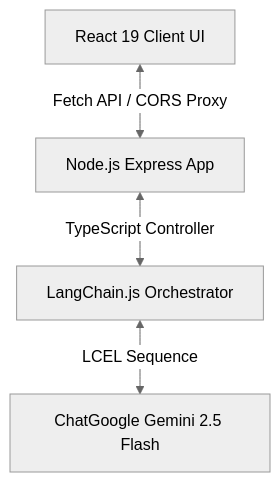
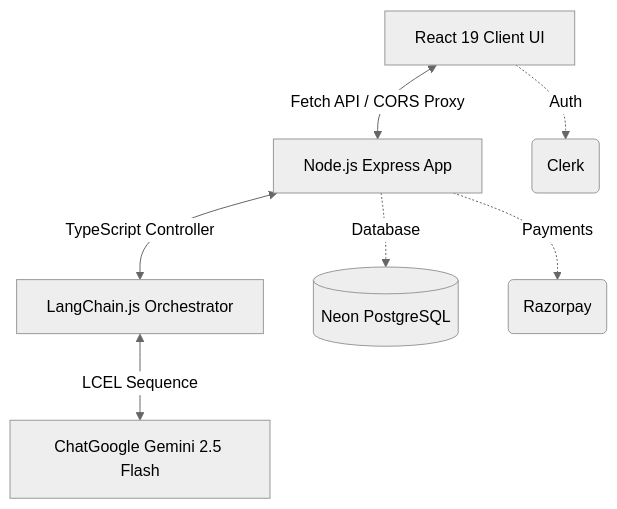
Before and after one commit to Kishan-Guptaa/InvestAi: the diagram in README.md, drawn with Mermaid (neutral theme). The commit also changed other lines of this file, not shown here.

````diff
--- a/README.md
+++ b/README.md
@@ -15,6 +71,10 @@
 ```mermaid
 graph TD
     A[React 19 Client UI] <-->|Fetch API / CORS Proxy| B[Node.js Express App]
     B <-->|TypeScript Controller| C[LangChain.js Orchestrator]
     C <-->|LCEL Sequence| D[ChatGoogle Gemini 2.5 Flash]
+    
+    A -.->|Auth| E(Clerk)
+    B -.->|Database| F[(Neon PostgreSQL)]
+    B -.->|Payments| G(Razorpay)
 ```
````
